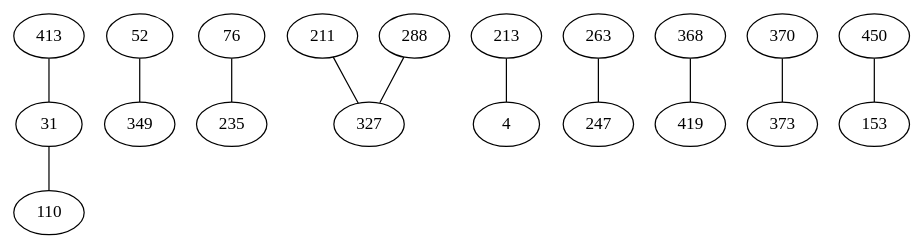
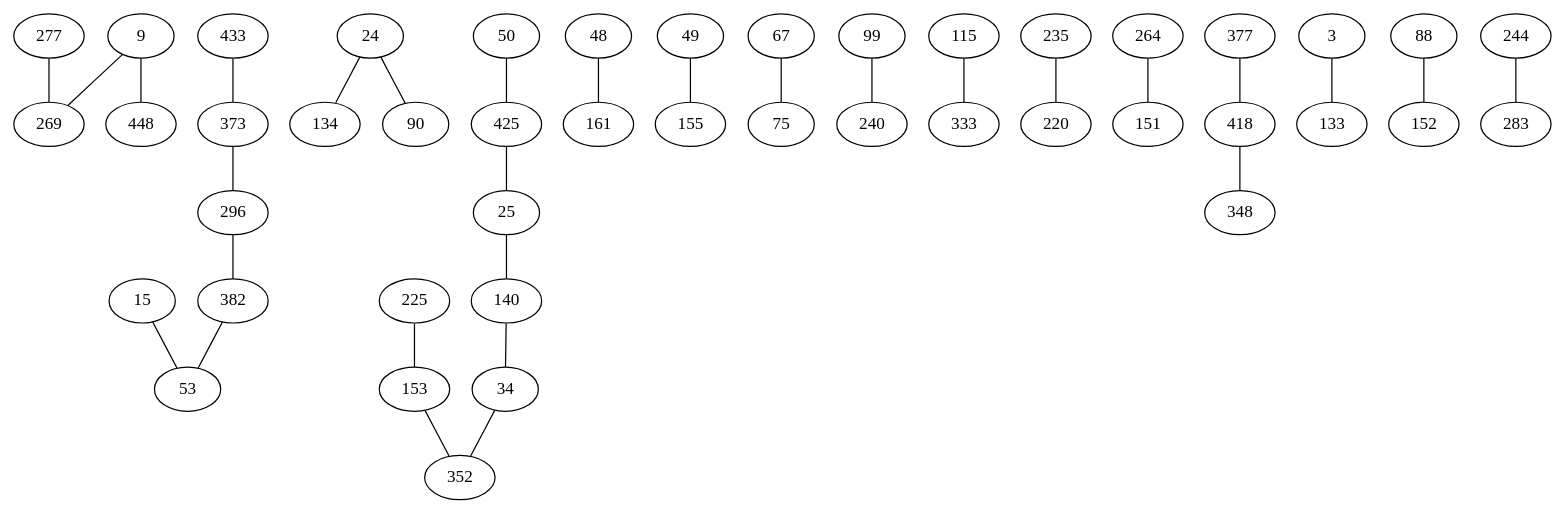
One commit to AuCson/Genome-Assembly-Implementation changed the diagram in external/dbg2olc/FinalBiDirectedBestOverlapGraph.dot. Above: the diagram before and after it, drawn with Graphviz. The commit also changed 79 other files, not shown here.

```diff
--- a/external/dbg2olc/FinalBiDirectedBestOverlapGraph.dot
+++ b/external/dbg2olc/FinalBiDirectedBestOverlapGraph.dot
@@ -1,24 +1,60 @@
 strict graph G {
-31 -- 110;
-52 -- 349;
-76 -- 235;
-110 -- 31;
-211 -- 327;
-213 -- 4;
-235 -- 76;
-263 -- 247;
-288 -- 327;
-327 -- 211;
-349 -- 52;
-368 -- 419;
-370 -- 373;
-413 -- 31;
-450 -- 153;
-4 -- 213;
-31 -- 413;
-153 -- 450;
-247 -- 263;
-327 -- 288;
-373 -- 370;
-419 -- 368;
+9 -- 269;
+15 -- 53;
+24 -- 134;
+25 -- 140;
+34 -- 352;
+48 -- 161;
+49 -- 155;
+50 -- 425;
+53 -- 15;
+67 -- 75;
+75 -- 67;
+99 -- 240;
+115 -- 333;
+134 -- 24;
+140 -- 34;
+153 -- 352;
+155 -- 49;
+225 -- 153;
+235 -- 220;
+240 -- 99;
+264 -- 151;
+269 -- 9;
+277 -- 269;
+296 -- 382;
+333 -- 115;
+352 -- 153;
+373 -- 296;
+382 -- 53;
+418 -- 348;
+425 -- 25;
+433 -- 373;
+3 -- 133;
+9 -- 448;
+24 -- 90;
+25 -- 425;
+34 -- 140;
+53 -- 382;
+88 -- 152;
+90 -- 24;
+133 -- 3;
+140 -- 25;
+151 -- 264;
+152 -- 88;
+153 -- 225;
+161 -- 48;
+220 -- 235;
+244 -- 283;
+269 -- 277;
+283 -- 244;
+296 -- 373;
+348 -- 418;
+352 -- 34;
+373 -- 433;
+377 -- 418;
+382 -- 296;
+418 -- 377;
+425 -- 50;
+448 -- 9;
 }
```
